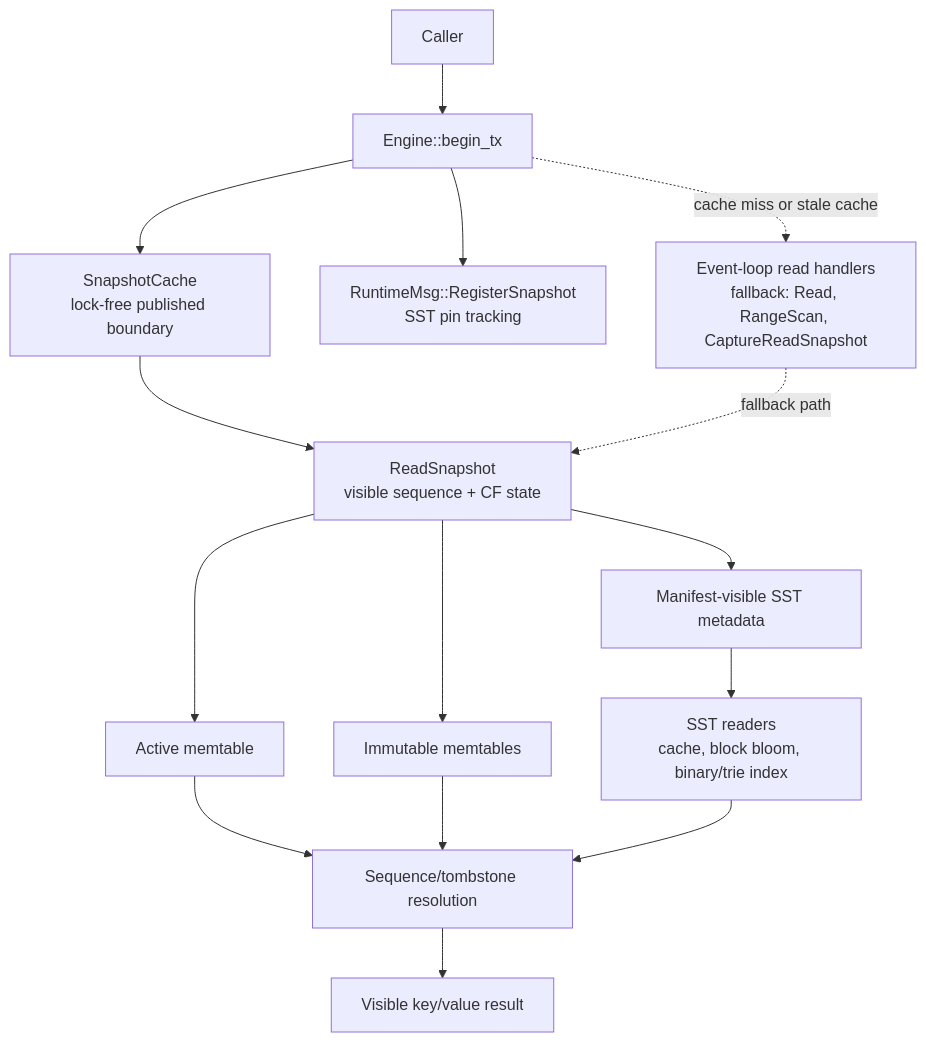
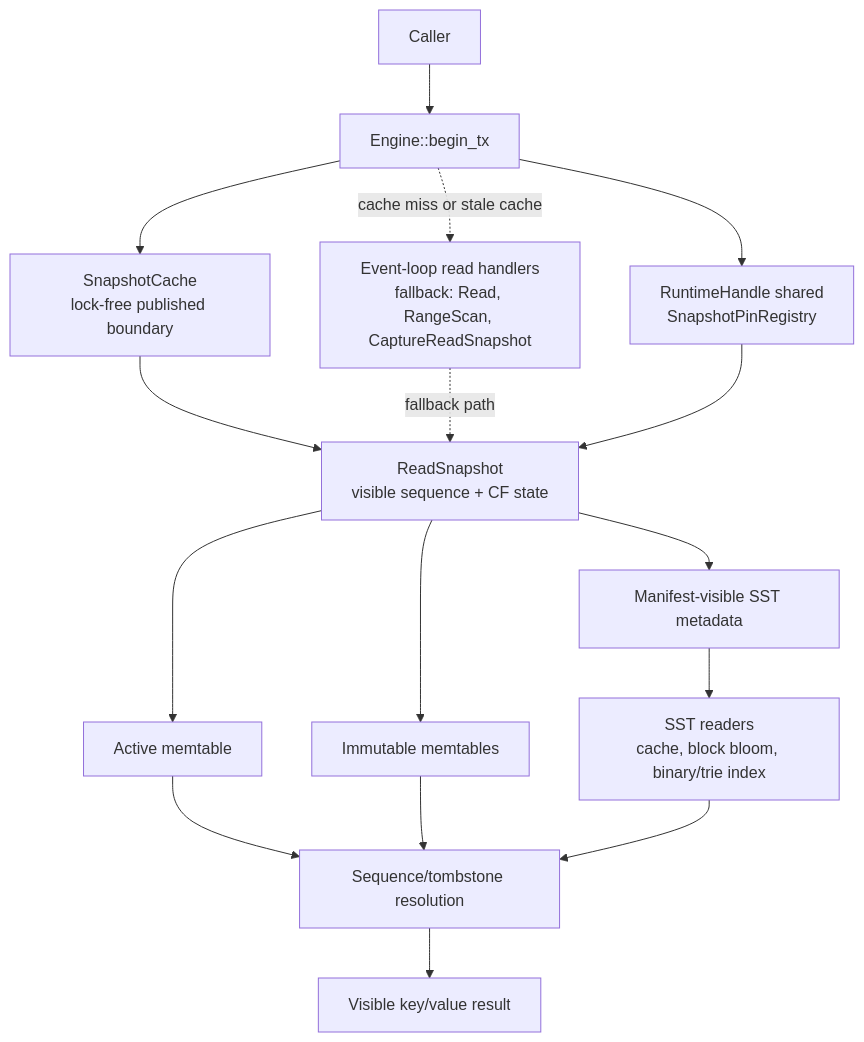
The fourth of 10 diagrams in docs/development/architecture-diagrams.md (cntryl/midge), drawn with Mermaid before and after one commit. The commit also changed other lines of this file and 36 other files, not shown here.

````diff
--- a/docs/development/architecture-diagrams.md
+++ b/docs/development/architecture-diagrams.md
@@ -136,30 +140,31 @@
 ```mermaid
 flowchart TB
     Caller["Caller"]
     BeginTx["Engine::begin_tx"]
     Cache["SnapshotCache<br/>lock-free published boundary"]
-    Register["RuntimeMsg::RegisterSnapshot<br/>SST pin tracking"]
+    Register["RuntimeHandle shared<br/>SnapshotPinRegistry"]
     Snapshot["ReadSnapshot<br/>visible sequence + CF state"]
     Fallback["Event-loop read handlers<br/>fallback: Read, RangeScan, CaptureReadSnapshot"]
     Active["Active memtable"]
     Immutable["Immutable memtables"]
     Manifest["Manifest-visible SST metadata"]
     SSTReaders["SST readers<br/>cache, block bloom, binary/trie index"]
     Merge["Sequence/tombstone resolution"]
     Result["Visible key/value result"]
 
     Caller --> BeginTx
     BeginTx --> Cache
     Cache --> Snapshot
     BeginTx -. cache miss or stale cache .-> Fallback
     BeginTx --> Register
     Fallback -. fallback path .-> Snapshot
+    Register --> Snapshot
     Snapshot --> Active
     Snapshot --> Immutable
     Snapshot --> Manifest
     Manifest --> SSTReaders
     Active --> Merge
     Immutable --> Merge
     SSTReaders --> Merge
     Merge --> Result
 ```
````
